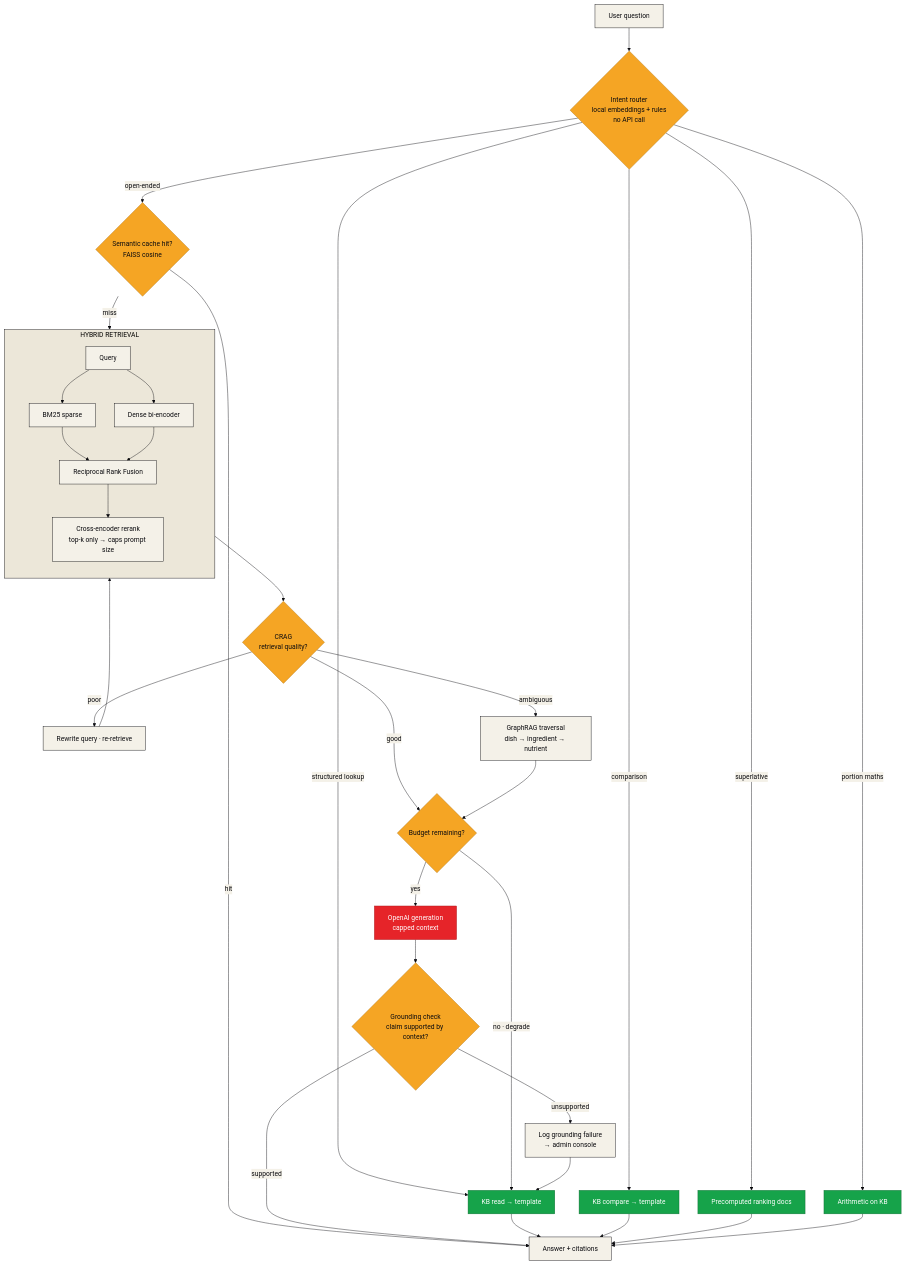
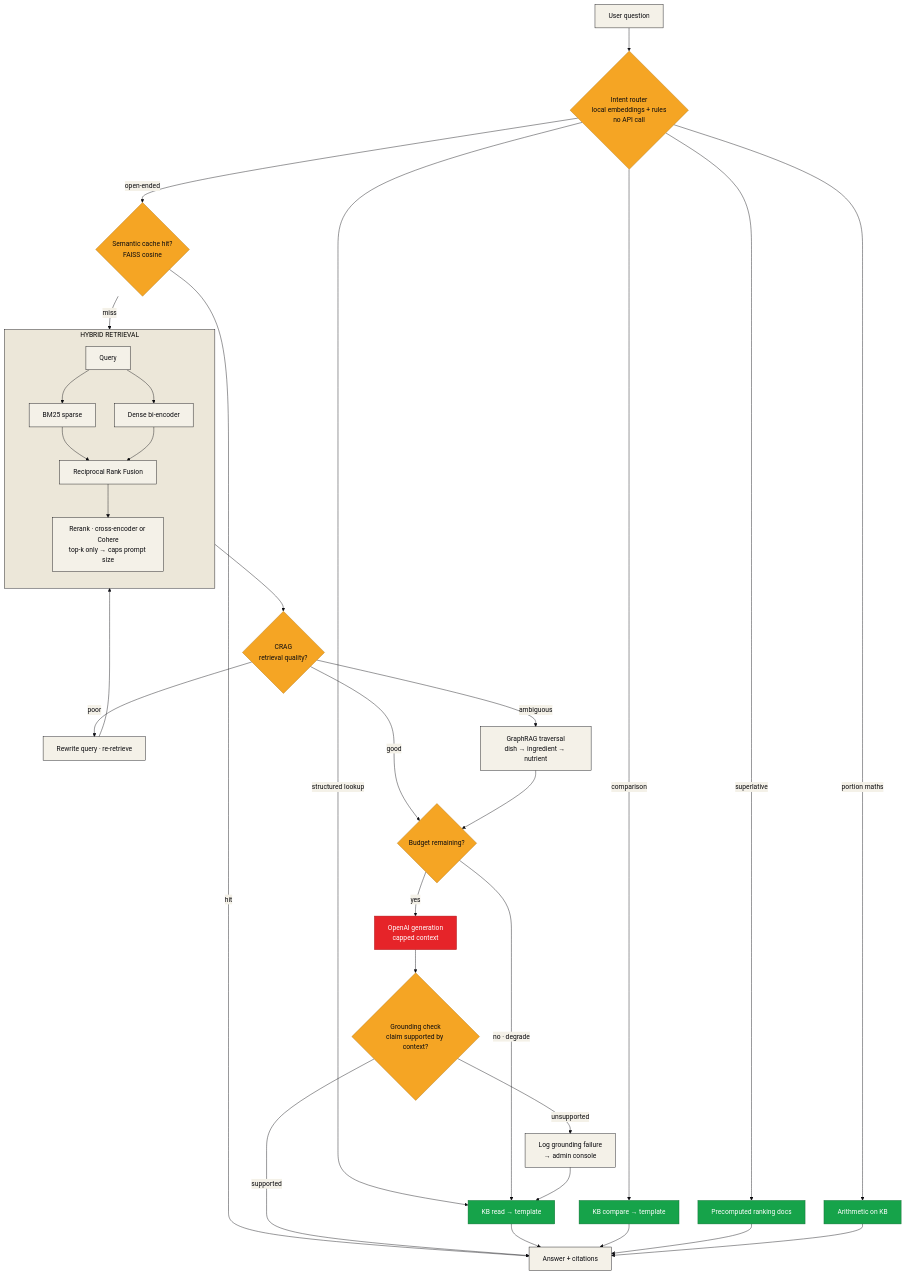
Before and after one commit to A-K-M-Asifuzzaman/Food: the sixth of 11 diagrams in docs/architecture.md, drawn with Mermaid. The commit also changed other lines of this file and 20 other files, not shown here.

````diff
--- a/docs/architecture.md
+++ b/docs/architecture.md
@@ -202,46 +202,46 @@
 ```mermaid
 %%{init: {'theme':'base','themeVariables':{'fontFamily':'ui-sans-serif, system-ui, -apple-system, sans-serif','primaryColor':'#F4F1E8','primaryTextColor':'#0B0B0F','primaryBorderColor':'#0B0B0F','lineColor':'#0B0B0F','clusterBkg':'#ECE7D9','clusterBorder':'#0B0B0F','edgeLabelBackground':'#F4F1E8','pie1':'#16A34A','pie2':'#E62429','pie3':'#1B4CE0','pie4':'#F5A524'},'flowchart':{'padding':16,'nodeSpacing':45,'rankSpacing':55,'curve':'basis','htmlLabels':true}}}%%
 flowchart TD
     Q["User question"] --> RT{"Intent router<br/>local embeddings + rules<br/>no API call"}
 
     RT -->|"structured lookup"| T1["KB read → template"]
     RT -->|"comparison"| T2["KB compare → template"]
     RT -->|"superlative"| T3["Precomputed ranking docs"]
     RT -->|"portion maths"| T4["Arithmetic on KB"]
     RT -->|"open-ended"| CACHE{"Semantic cache hit?<br/>FAISS cosine"}
 
     CACHE -->|"hit"| ANS
     CACHE -->|"miss"| HYB
 
     subgraph retrieval["HYBRID RETRIEVAL  "]
         direction TB
         HYB["Query"] --> BM["BM25 sparse"]
         HYB --> DEN["Dense bi-encoder"]
         BM --> RRF["Reciprocal Rank Fusion"]
         DEN --> RRF
-        RRF --> RR["Cross-encoder rerank<br/>top-k only → caps prompt size"]
+        RRF --> RR["Rerank · cross-encoder or Cohere<br/>top-k only → caps prompt size"]
     end
 
     RR --> CRAG{"CRAG<br/>retrieval quality?"}
     CRAG -->|"poor"| REW["Rewrite query · re-retrieve"] --> HYB
     CRAG -->|"ambiguous"| GRAPH["GraphRAG traversal<br/>dish → ingredient → nutrient"]
     CRAG -->|"good"| GEN
     GRAPH --> GEN
 
     GEN{"Budget remaining?"}
     GEN -->|"yes"| LLM["OpenAI generation<br/>capped context"]
     GEN -->|"no · degrade"| T1
 
     LLM --> GRD{"Grounding check<br/>claim supported by context?"}
     GRD -->|"supported"| ANS["Answer + citations"]
     GRD -->|"unsupported"| LOG["Log grounding failure<br/>→ admin console"] --> T1
 
     T1 & T2 & T3 & T4 --> ANS
 
     classDef free fill:#16A34A,stroke:#0f6b32,color:#fff
     classDef paid fill:#E62429,stroke:#A4161A,color:#fff
     classDef gate fill:#F5A524,stroke:#b37a18,color:#0B0B0F
     class T1,T2,T3,T4 free
     class LLM paid
     class RT,CRAG,GEN,GRD,CACHE gate
 ```
````
